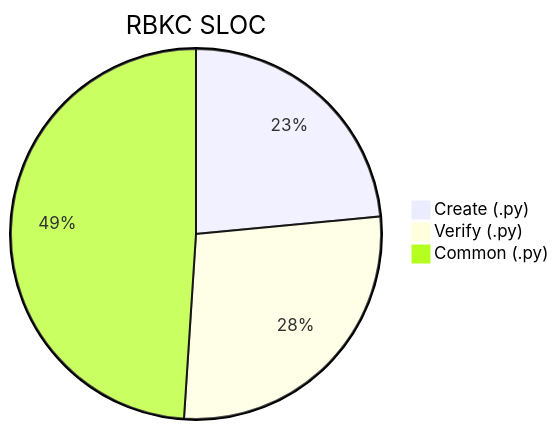
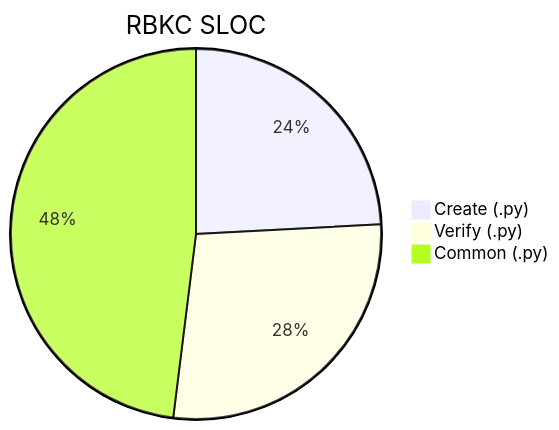
The tenth of 14 diagrams in docs/metrics.md (nablarch/nabledge-dev), drawn with Mermaid before and after one commit. The commit also changed other lines of this file and 2 other files, not shown here.

````diff
--- a/docs/metrics.md
+++ b/docs/metrics.md
@@ -139,6 +139,6 @@
 ```mermaid
 pie title RBKC SLOC
-  "Create (.py)" : 1690
-  "Verify (.py)" : 1982
-  "Common (.py)" : 3523
+  "Create (.py)" : 1777
+  "Verify (.py)" : 2044
+  "Common (.py)" : 3532
 ```
````
